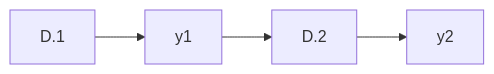
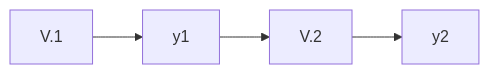
Before and after one commit to sebastiansauer/fopra: the third of 4 diagrams in 900-Modellieren.qmd, drawn with Mermaid. The commit also changed other lines of this file and 100 other files, not shown here.

````diff
--- a/900-Modellieren.qmd
+++ b/900-Modellieren.qmd
@@ -472,6 +489,6 @@
 ```{mermaid}
 %%| label: fig-diagrammart-flow
-%%| fig-cap: "Ablauf der Studie zur Behaltensleistung y2 in Abhängigkeit der Diagrammart D (Within-Variable)"
+%%| fig-cap: "Ablauf der Studie zur Behaltensleistung y2 in Abhängigkeit der Visualisierungsart V (Within-Variable)"
 flowchart LR
-  D.1 --> y1 --> D.2 --> y2
+  V.1 --> y1 --> V.2 --> y2
 ```
````
